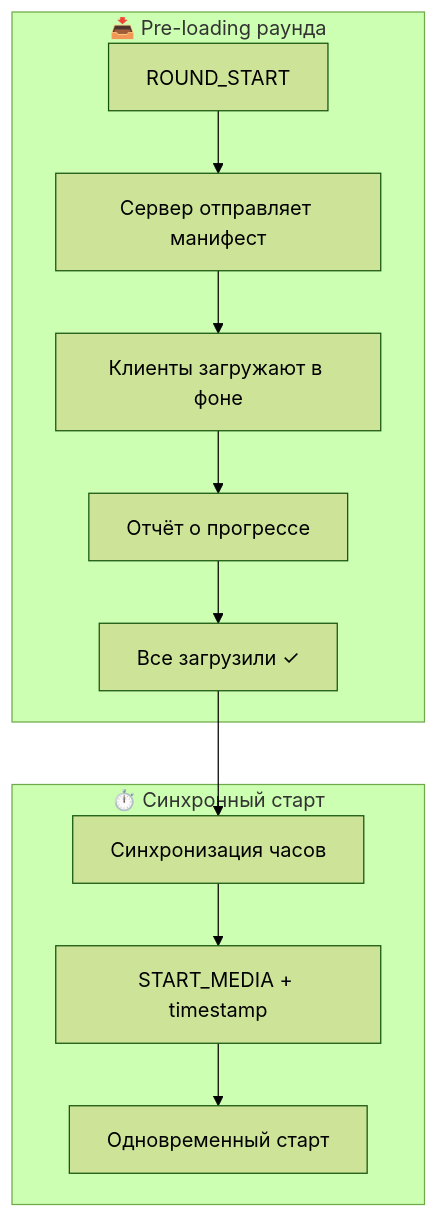
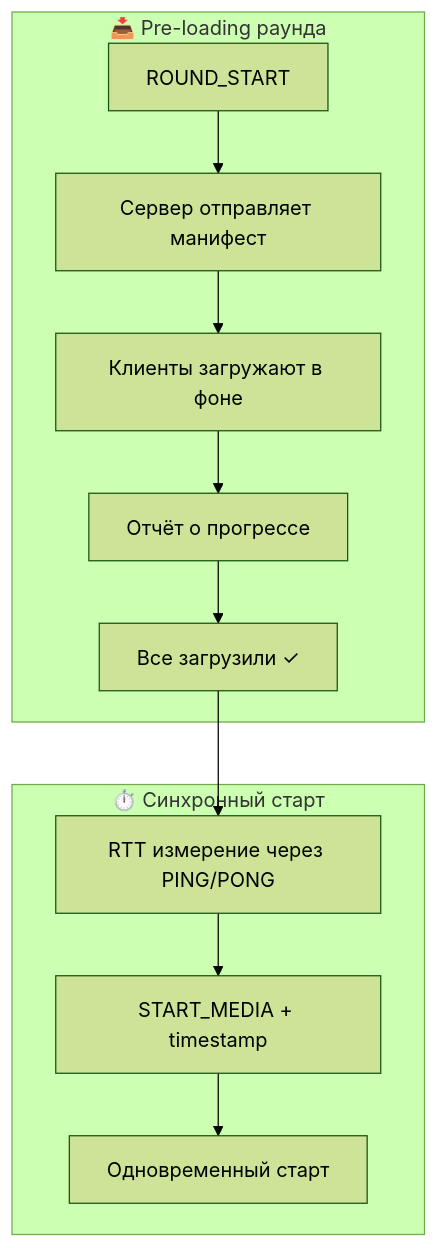
One commit to Bityta/sigame-project changed diagram 21 of 28 in README.md. Above: the diagram before and after it, drawn with Mermaid (forest theme). The commit also changed other lines of this file, not shown here.

First line of the commit message:
docs: remove PLAYER_READY and TIME_SYNC from spec

````diff
--- a/README.md
+++ b/README.md
@@ -1178,15 +1177,15 @@
 ```mermaid
 flowchart TB
     subgraph preload [📥 Pre-loading раунда]
         RS[ROUND_START] --> MANIFEST[Сервер отправляет манифест]
         MANIFEST --> DOWNLOAD[Клиенты загружают в фоне]
         DOWNLOAD --> PROGRESS[Отчёт о прогрессе]
         PROGRESS --> READY[Все загрузили ✓]
     end
     
     subgraph sync [⏱️ Синхронный старт]
-        READY --> TIME_SYNC[Синхронизация часов]
-        TIME_SYNC --> START_CMD[START_MEDIA + timestamp]
+        READY --> RTT[RTT измерение через PING/PONG]
+        RTT --> START_CMD[START_MEDIA + timestamp]
         START_CMD --> PLAY[Одновременный старт]
     end
 ```
````
